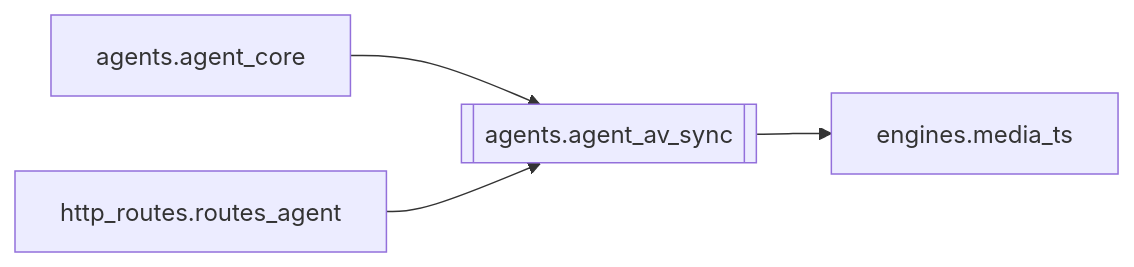
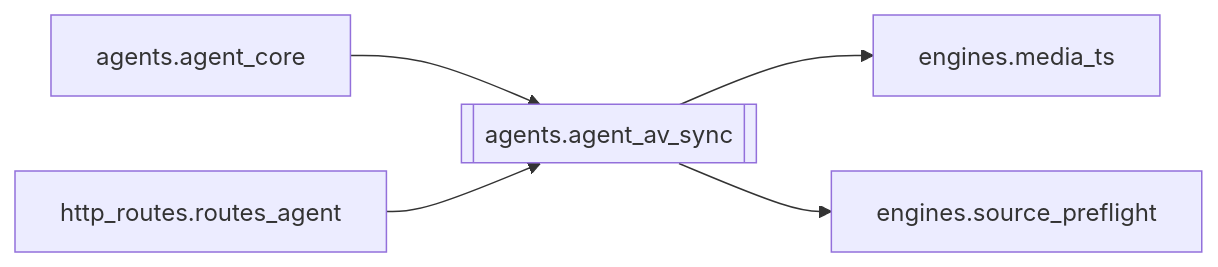
The diagram in docs/brain/modules/agents.agent_av_sync.md (kjza178/PinelineV5), drawn with Mermaid before and after one commit. The commit also changed other lines of this file and 227 other files, not shown here.

````diff
--- a/docs/brain/modules/agents.agent_av_sync.md
+++ b/docs/brain/modules/agents.agent_av_sync.md
@@ -16,7 +16,8 @@
 ```mermaid
 flowchart LR
   agents_agent_av_sync[[agents.agent_av_sync]]
   agents_agent_core[agents.agent_core] --> agents_agent_av_sync
   http_routes_routes_agent[http_routes.routes_agent] --> agents_agent_av_sync
   agents_agent_av_sync --> engines_media_ts[engines.media_ts]
+  agents_agent_av_sync --> engines_source_preflight[engines.source_preflight]
 ```
````
